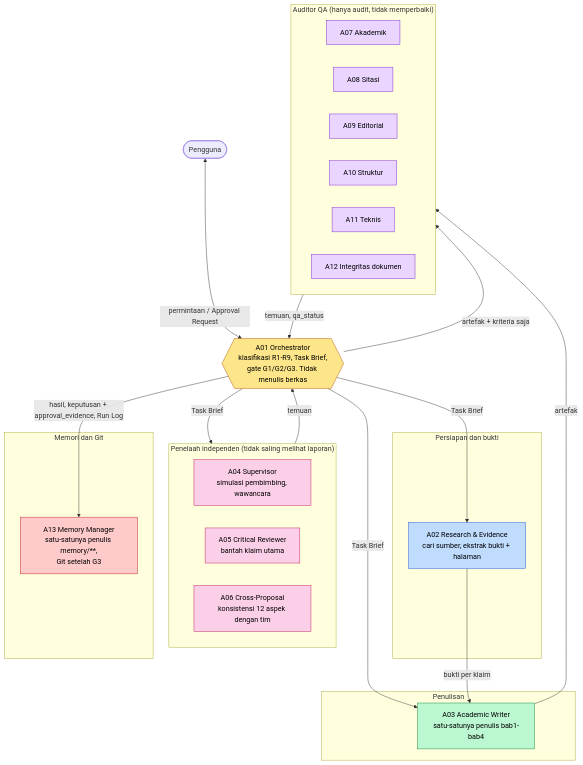
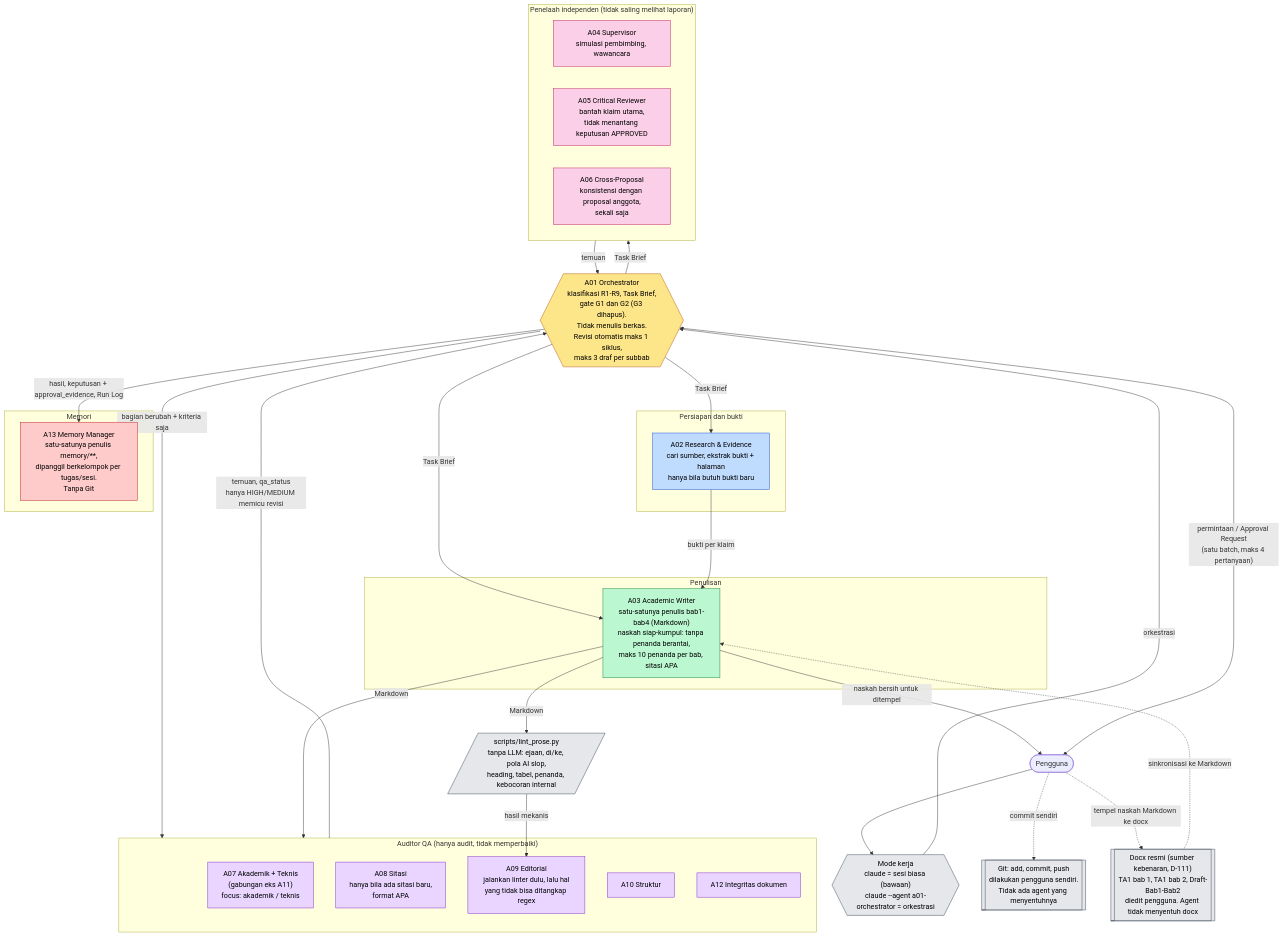
Before and after one commit to danenftyessir/project-proposal: the diagram in memory/agent.mmd, drawn with Mermaid. The commit also changed 55 other files, not shown here.

Commit message:
feat: rebuild all agent & make a plan for bab 3

```diff
--- a/memory/agent.mmd
+++ b/memory/agent.mmd
@@ -1,50 +1,65 @@
 flowchart TB
     U([Pengguna])
-    A01{{"A01 Orchestrator<br/>klasifikasi R1-R9, Task Brief,<br/>gate G1/G2/G3. Tidak menulis berkas"}}
-    U <-->|"permintaan / Approval Request"| A01
+    MODE{{"Mode kerja<br/>claude = sesi biasa (bawaan)<br/>claude --agent a01-orchestrator = orkestrasi"}}
+    U --> MODE
+    MODE -->|"orkestrasi"| A01
+
+    GIT[["Git: add, commit, push<br/>dilakukan pengguna sendiri.<br/>Tidak ada agent yang menyentuhnya"]]
+    DOCX[["Docx resmi (sumber kebenaran, D-111)<br/>TA1 bab 1, TA1 bab 2, Draft-Bab1-Bab2<br/>diedit pengguna. Agent tidak menyentuh docx"]]
+    LINT[/"scripts/lint_prose.py<br/>tanpa LLM: ejaan, di/ke, pola AI slop,<br/>heading, tabel, penanda, kebocoran internal"/]
+    U -.->|"commit sendiri"| GIT
+    U -.->|"tempel naskah Markdown ke docx"| DOCX
+    DOCX -.->|"sinkronisasi ke Markdown"| A03
+
+    A01{{"A01 Orchestrator<br/>klasifikasi R1-R9, Task Brief,<br/>gate G1 dan G2 (G3 dihapus).<br/>Tidak menulis berkas.<br/>Revisi otomatis maks 1 siklus,<br/>maks 3 draf per subbab"}}
+    U <-->|"permintaan / Approval Request<br/>(satu batch, maks 4 pertanyaan)"| A01
 
     subgraph PREP["Persiapan dan bukti"]
-        A02["A02 Research & Evidence<br/>cari sumber, ekstrak bukti + halaman"]
+        A02["A02 Research & Evidence<br/>cari sumber, ekstrak bukti + halaman<br/>hanya bila butuh bukti baru"]
     end
     subgraph WRITE["Penulisan"]
-        A03["A03 Academic Writer<br/>satu-satunya penulis bab1-bab4"]
+        A03["A03 Academic Writer<br/>satu-satunya penulis bab1-bab4 (Markdown)<br/>naskah siap-kumpul: tanpa penanda berantai,<br/>maks 10 penanda per bab, sitasi APA"]
     end
     subgraph REVIEW["Penelaah independen (tidak saling melihat laporan)"]
         A04["A04 Supervisor<br/>simulasi pembimbing, wawancara"]
-        A05["A05 Critical Reviewer<br/>bantah klaim utama"]
-        A06["A06 Cross-Proposal<br/>konsistensi 12 aspek dengan tim"]
+        A05["A05 Critical Reviewer<br/>bantah klaim utama,<br/>tidak menantang keputusan APPROVED"]
+        A06["A06 Cross-Proposal<br/>konsistensi dengan proposal anggota,<br/>sekali saja"]
     end
     subgraph QA["Auditor QA (hanya audit, tidak memperbaiki)"]
-        A07["A07 Akademik"]
-        A08["A08 Sitasi"]
-        A09["A09 Editorial"]
+        A07["A07 Akademik + Teknis<br/>(gabungan eks A11)<br/>focus: akademik / teknis"]
+        A08["A08 Sitasi<br/>hanya bila ada sitasi baru,<br/>format APA"]
+        A09["A09 Editorial<br/>jalankan linter dulu, lalu hal<br/>yang tidak bisa ditangkap regex"]
         A10["A10 Struktur"]
-        A11["A11 Teknis"]
         A12["A12 Integritas dokumen"]
     end
-    subgraph MEM["Memori dan Git"]
-        A13["A13 Memory Manager<br/>satu-satunya penulis memory/**,<br/>Git setelah G3"]
+    subgraph MEM["Memori"]
+        A13["A13 Memory Manager<br/>satu-satunya penulis memory/**,<br/>dipanggil berkelompok per tugas/sesi.<br/>Tanpa Git"]
     end
 
     A01 -->|Task Brief| A02
     A01 -->|Task Brief| A03
     A01 -->|Task Brief| REVIEW
-    A01 -->|"artefak + kriteria saja"| QA
+    A01 -->|"bagian berubah + kriteria saja"| QA
     A02 -->|"bukti per klaim"| A03
-    A03 -->|artefak| QA
-    QA -->|"temuan, qa_status"| A01
+    A03 -->|"Markdown"| LINT
+    LINT -->|"hasil mekanis"| A09
+    A03 -->|"Markdown"| QA
+    QA -->|"temuan, qa_status<br/>hanya HIGH/MEDIUM memicu revisi"| A01
     REVIEW -->|temuan| A01
     A01 -->|"hasil, keputusan + approval_evidence, Run Log"| A13
+    A03 -->|"naskah bersih untuk ditempel"| U
 
     classDef ctrl fill:#fde68a,stroke:#b45309,color:#000
     classDef prep fill:#bfdbfe,stroke:#1d4ed8,color:#000
     classDef write fill:#bbf7d0,stroke:#15803d,color:#000
     classDef rev fill:#fbcfe8,stroke:#be185d,color:#000
     classDef qa fill:#e9d5ff,stroke:#7e22ce,color:#000
     classDef mem fill:#fecaca,stroke:#b91c1c,color:#000
+    classDef tool fill:#e5e7eb,stroke:#374151,color:#000
     class A01 ctrl
     class A02 prep
     class A03 write
     class A04,A05,A06 rev
-    class A07,A08,A09,A10,A11,A12 qa
+    class A07,A08,A09,A10,A12 qa
     class A13 mem
+    class LINT,GIT,DOCX,MODE tool
```
